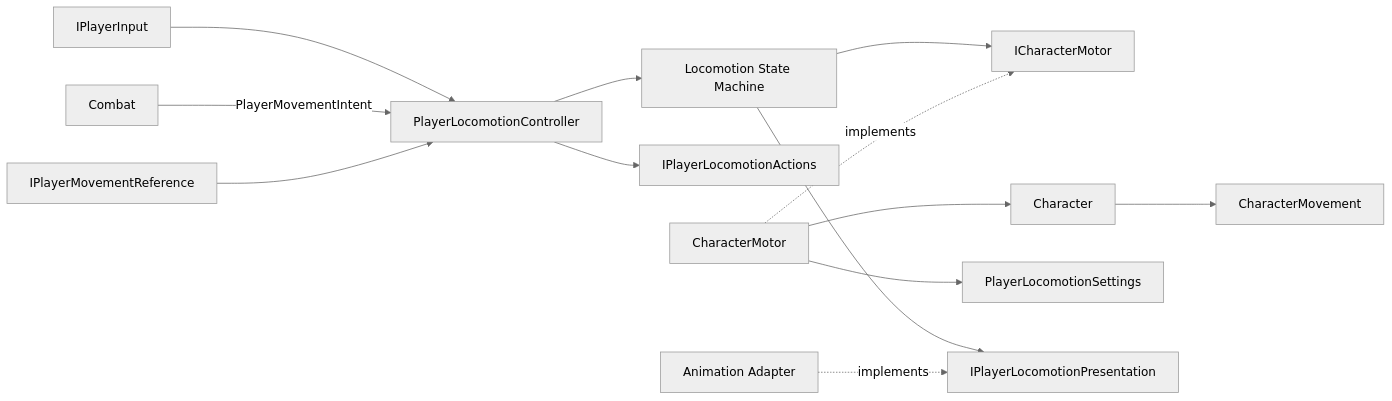
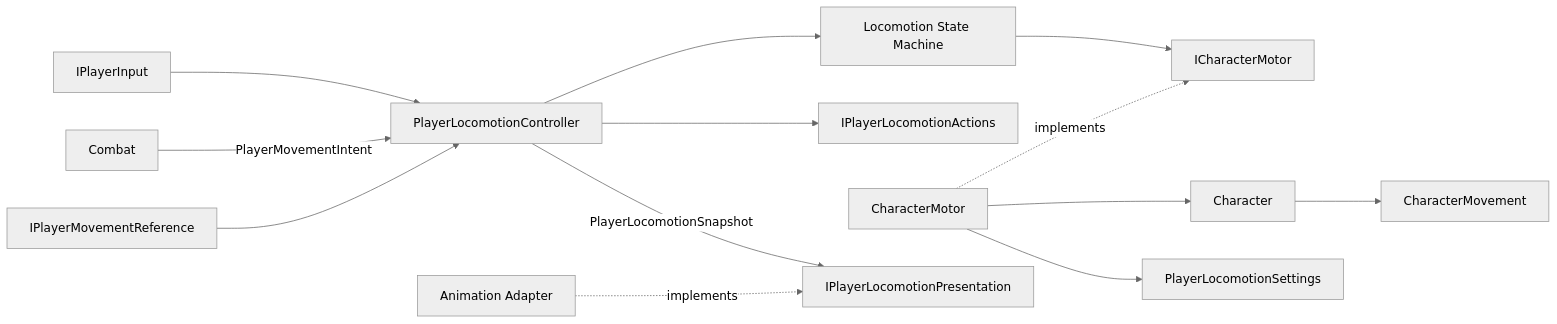
Before and after one commit to MaximFonariuc/project-s: the third of 3 diagrams in Docs/Architecture/Player.Locomotion.md, drawn with Mermaid (neutral theme). The commit also changed other lines of this file and 12535 other files, not shown here.

Commit message:
refactor core architecture and clean project assets

````diff
--- a/Docs/Architecture/Player.Locomotion.md
+++ b/Docs/Architecture/Player.Locomotion.md
@@ -172,15 +203,15 @@
 ```mermaid
 flowchart LR
     Input["IPlayerInput"] --> Controller["PlayerLocomotionController"]
     Combat["Combat"] -->|"PlayerMovementIntent"| Controller
     CameraBasis["IPlayerMovementReference"] --> Controller
     Controller --> Machine["Locomotion State Machine"]
     Controller --> Actions["IPlayerLocomotionActions"]
     Machine --> MotorPort["ICharacterMotor"]
     Motor["CharacterMotor"] -.implements.-> MotorPort
     Motor --> Character
     Motor --> Settings["PlayerLocomotionSettings"]
     Character --> Collision["CharacterMovement"]
-    Machine --> Presentation["IPlayerLocomotionPresentation"]
+    Controller -->|"PlayerLocomotionSnapshot"| Presentation["IPlayerLocomotionPresentation"]
     AnimationAdapter["Animation Adapter"] -.implements.-> Presentation
 ```
````
